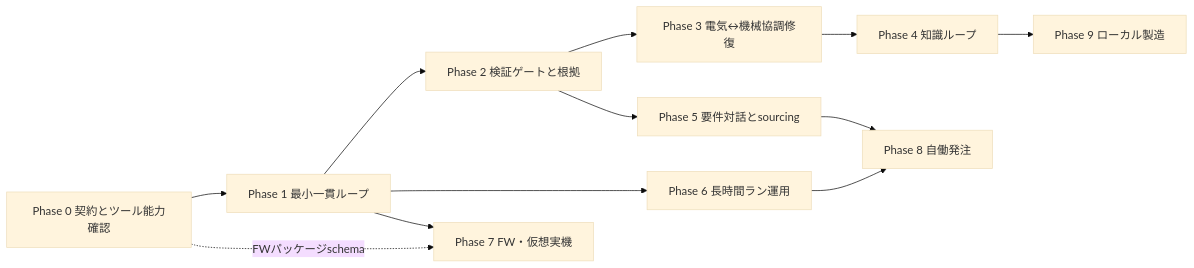
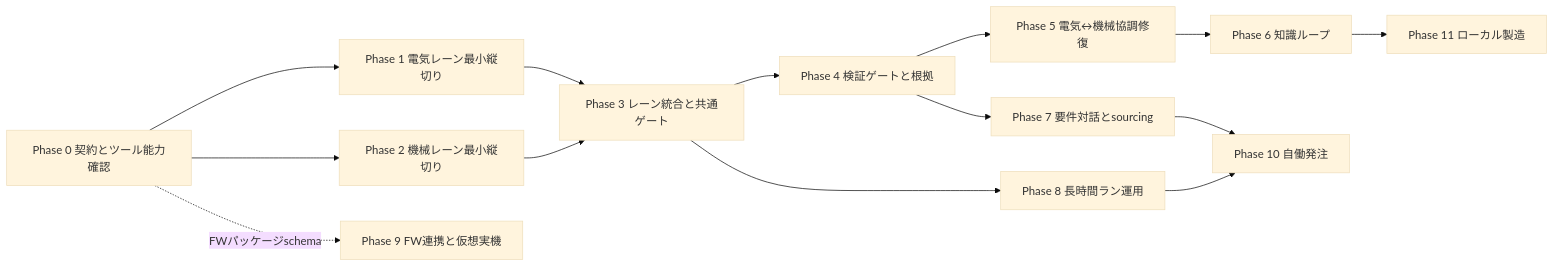
Before and after one commit to uist1idrju3i/acd-agent: the diagram in docs/roadmap.md, drawn with Mermaid (base theme). The commit also changed other lines of this file and 6 other files, not shown here.

````diff
--- a/docs/roadmap.md
+++ b/docs/roadmap.md
@@ -69,14 +78,16 @@
 ```mermaid
 flowchart LR
-    P0["Phase 0 契約とツール能力確認"] --> P1["Phase 1 最小一貫ループ"]
-    P1 --> P2["Phase 2 検証ゲートと根拠"]
-    P2 --> P3["Phase 3 電気↔機械協調修復"]
-    P3 --> P4["Phase 4 知識ループ"]
-    P2 --> P5["Phase 5 要件対話とsourcing"]
-    P1 --> P6["Phase 6 長時間ラン運用"]
-    P0 -.->|FWパッケージschema| P7["Phase 7 FW・仮想実機"]
-    P1 --> P7
-    P5 --> P8["Phase 8 自働発注"]
-    P6 --> P8
-    P4 --> P9["Phase 9 ローカル製造"]
+    P0["Phase 0 契約とツール能力確認"] --> P1["Phase 1 電気レーン最小縦切り"]
+    P0 --> P2["Phase 2 機械レーン最小縦切り"]
+    P1 --> P3["Phase 3 レーン統合と共通ゲート"]
+    P2 --> P3
+    P3 --> P4["Phase 4 検証ゲートと根拠"]
+    P4 --> P5["Phase 5 電気↔機械協調修復"]
+    P5 --> P6["Phase 6 知識ループ"]
+    P4 --> P7["Phase 7 要件対話とsourcing"]
+    P3 --> P8["Phase 8 長時間ラン運用"]
+    P0 -.->|FWパッケージschema| P9["Phase 9 FW連携と仮想実機"]
+    P7 --> P10["Phase 10 自働発注"]
+    P8 --> P10
+    P6 --> P11["Phase 11 ローカル製造"]
 ```
````
